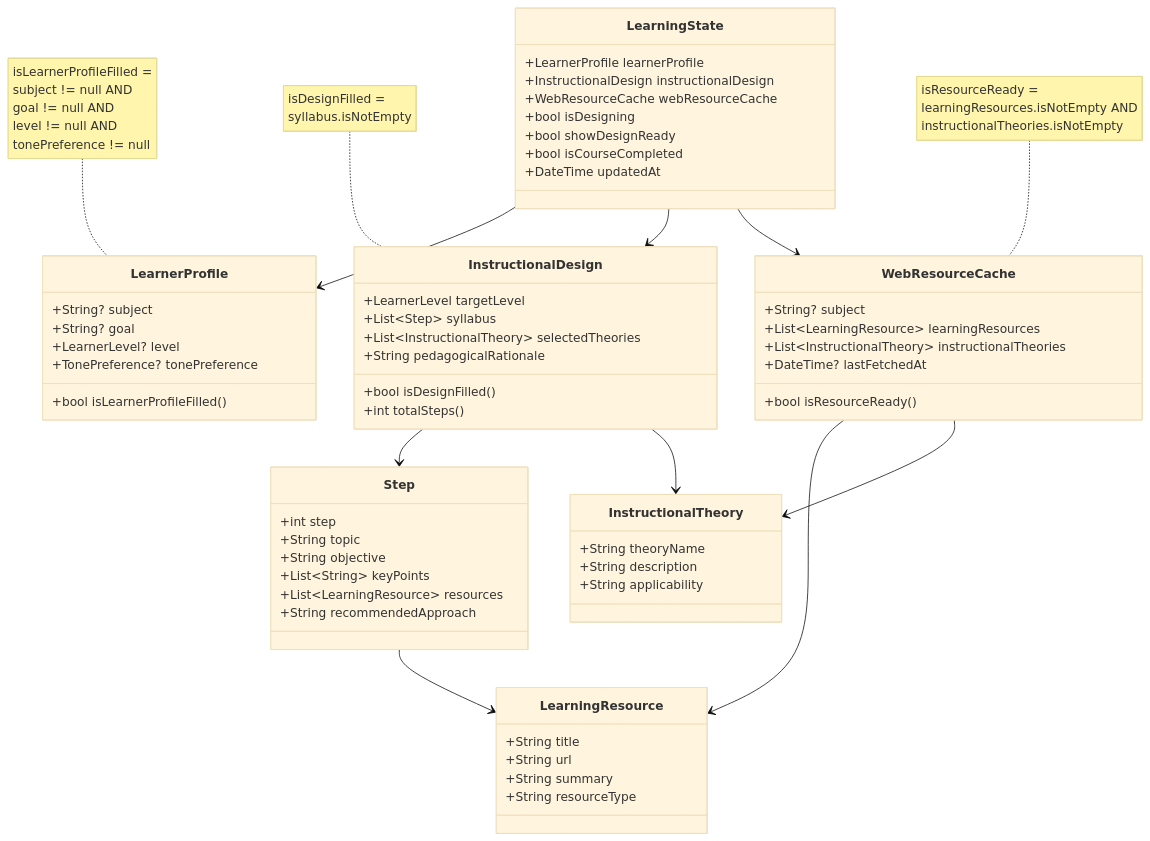
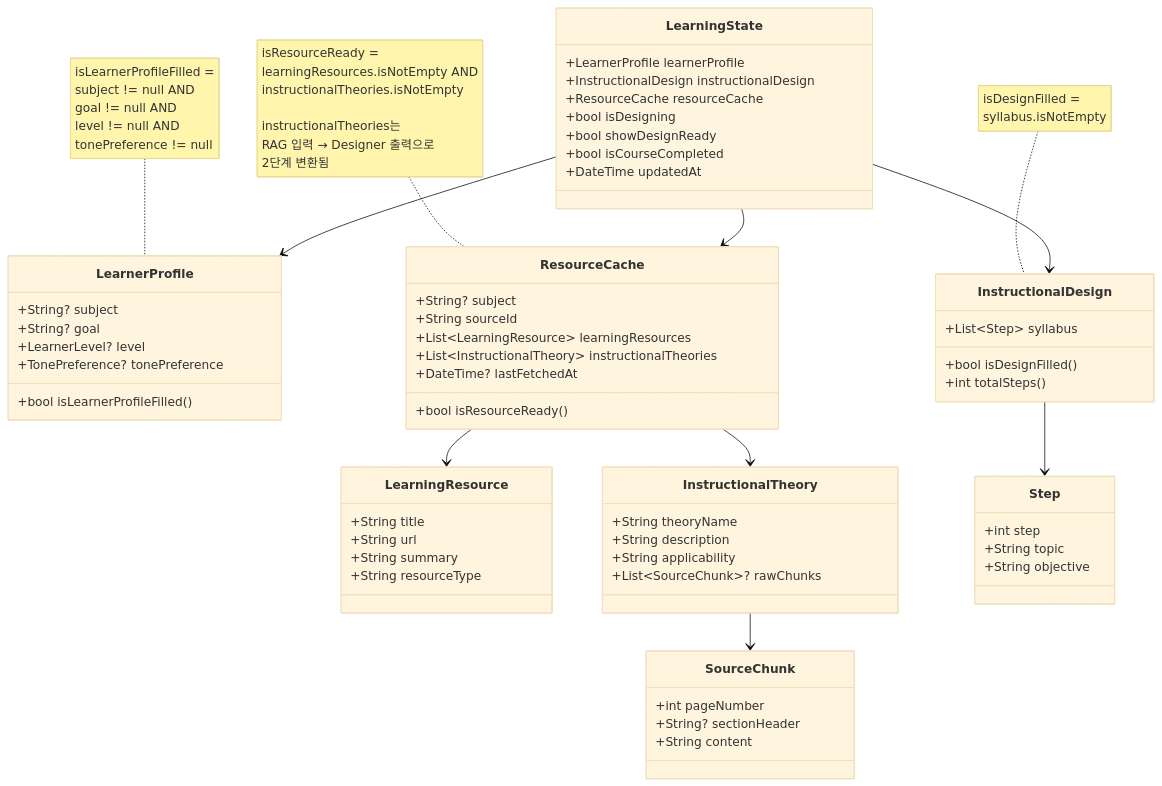
One commit to baekdusan/research-addie-chatbot changed the fourth of 4 diagrams in flowchart.md. Above: the diagram before and after it, drawn with Mermaid (base theme). The commit also changed other lines of this file and 8 other files, not shown here.

````diff
--- a/flowchart.md
+++ b/flowchart.md
@@ -164,74 +166,75 @@
 ```mermaid
 classDiagram
     class LearningState {
         +LearnerProfile learnerProfile
         +InstructionalDesign instructionalDesign
-        +WebResourceCache webResourceCache
+        +ResourceCache resourceCache
         +bool isDesigning
         +bool showDesignReady
         +bool isCourseCompleted
         +DateTime updatedAt
     }
 
     class LearnerProfile {
         +String? subject
         +String? goal
         +LearnerLevel? level
         +TonePreference? tonePreference
         +bool isLearnerProfileFilled()
     }
 
     class InstructionalDesign {
-        +LearnerLevel targetLevel
         +List~Step~ syllabus
-        +List~InstructionalTheory~ selectedTheories
-        +String pedagogicalRationale
         +bool isDesignFilled()
         +int totalSteps()
     }
 
-    class WebResourceCache {
+    class ResourceCache {
         +String? subject
+        +String sourceId
         +List~LearningResource~ learningResources
         +List~InstructionalTheory~ instructionalTheories
         +DateTime? lastFetchedAt
         +bool isResourceReady()
     }
 
     class LearningResource {
         +String title
         +String url
         +String summary
         +String resourceType
     }
 
     class InstructionalTheory {
         +String theoryName
         +String description
         +String applicability
+        +List~SourceChunk~? rawChunks
+    }
+
+    class SourceChunk {
+        +int pageNumber
+        +String? sectionHeader
+        +String content
     }
 
     class Step {
         +int step
         +String topic
         +String objective
-        +List~String~ keyPoints
-        +List~LearningResource~ resources
-        +String recommendedApproach
     }
 
     LearningState --> LearnerProfile
     LearningState --> InstructionalDesign
-    LearningState --> WebResourceCache
+    LearningState --> ResourceCache
     InstructionalDesign --> Step
-    InstructionalDesign --> InstructionalTheory
-    Step --> LearningResource
-    WebResourceCache --> LearningResource
-    WebResourceCache --> InstructionalTheory
+    ResourceCache --> LearningResource
+    ResourceCache --> InstructionalTheory
+    InstructionalTheory --> SourceChunk
 
     note for LearnerProfile "isLearnerProfileFilled = <br/>subject != null AND<br/>goal != null AND<br/>level != null AND<br/>tonePreference != null"
 
     note for InstructionalDesign "isDesignFilled = <br/>syllabus.isNotEmpty"
 
-    note for WebResourceCache "isResourceReady = <br/>learningResources.isNotEmpty AND <br/>instructionalTheories.isNotEmpty"
+    note for ResourceCache "isResourceReady = <br/>learningResources.isNotEmpty AND <br/>instructionalTheories.isNotEmpty<br/><br/>instructionalTheories는<br/>RAG 입력 → Designer 출력으로<br/>2단계 변환됨"
 ```
````
